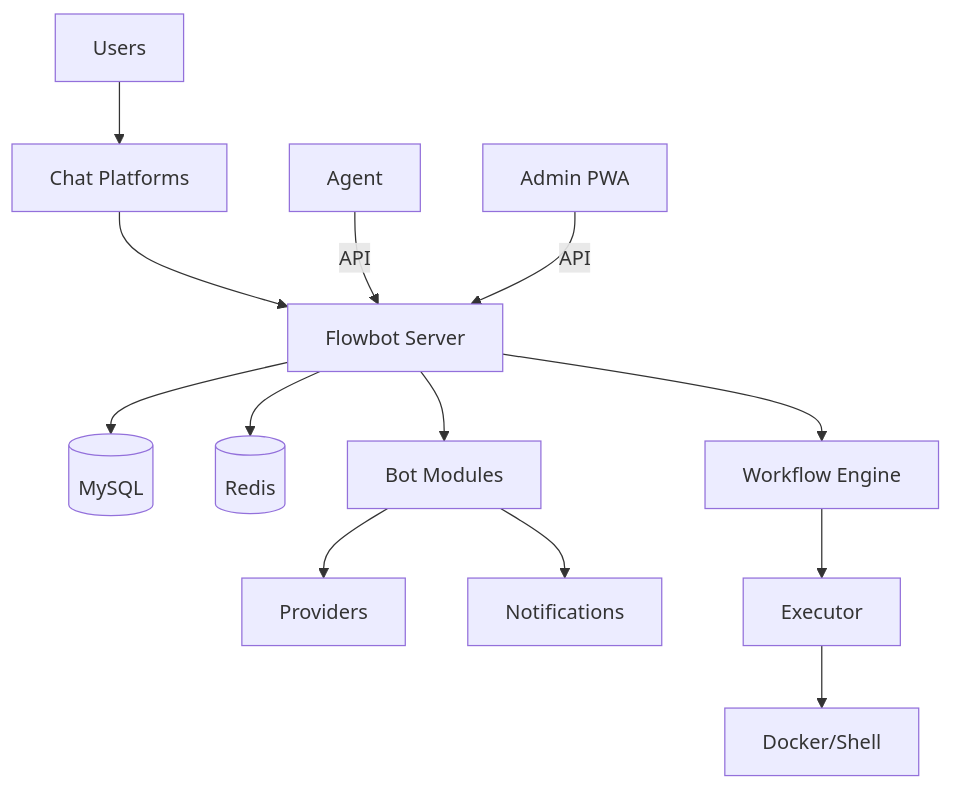
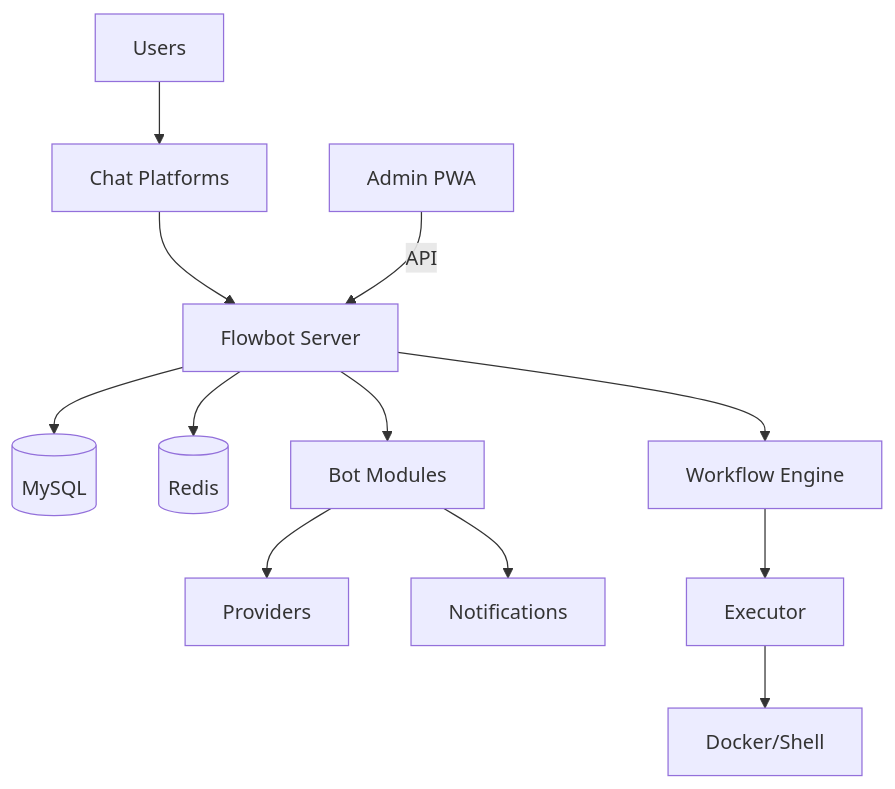
The diagram in docs/architecture/README.md (flowline-io/flowbot), drawn with Mermaid before and after one commit. The commit also changed other lines of this file and 24 other files, not shown here.

````diff
--- a/docs/architecture/README.md
+++ b/docs/architecture/README.md
@@ -119,15 +111,14 @@
 ```mermaid
 graph TB
     U[Users] --> P[Chat Platforms]
     P --> S[Flowbot Server]
     S --> DB[(MySQL)]
     S --> R[(Redis)]
     S --> B[Bot Modules]
     B --> PR[Providers]
     B --> N[Notifications]
     S --> WF[Workflow Engine]
     WF --> EX[Executor]
     EX --> D[Docker/Shell]
-    AG[Agent] -->|API| S
     PWA[Admin PWA] -->|API| S
 ```
````
